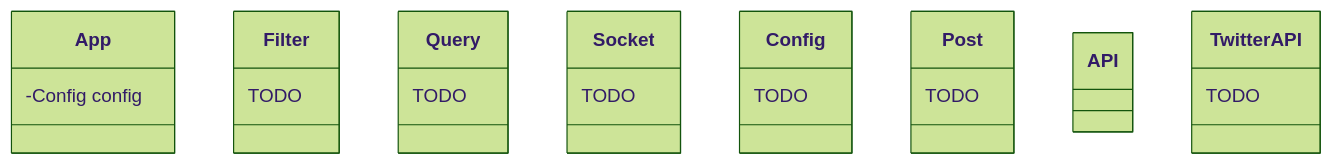
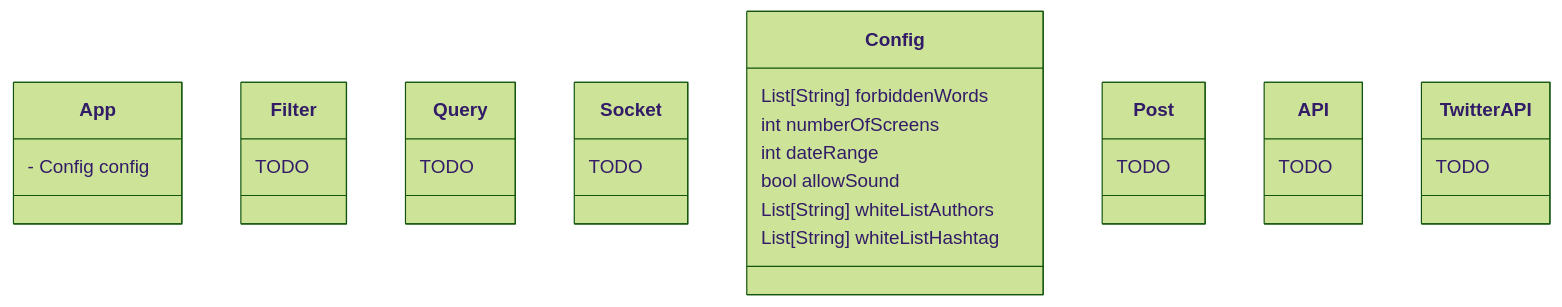
Before and after one commit to WallCaster/WallCaster: the first of 3 diagrams in doc/architecture-report.md, drawn with Mermaid (forest theme).

Commit message:
Debut classe config

````diff
--- a/doc/architecture-report.md
+++ b/doc/architecture-report.md
@@ -10,36 +10,43 @@
 ```mermaid
 classDiagram
 class App {
-  -Config config
+  - Config config
 }
 
 class Filter {
   TODO 
 }
 
 class Query {
   TODO 
 }
 
 class Socket {
   TODO 
 }
 
 class Config {
-  TODO 
+  List[String] forbiddenWords
+  int numberOfScreens
+  int dateRange
+  bool allowSound
+  List[String] whiteListAuthors
+  List[String] whiteListHashtag
+  
+
 }
 
 class Post {
   TODO 
 }
 
 class API {
-
+    TODO
 }
 
 class TwitterAPI {
   TODO 
 }
 
 
 ```
````
